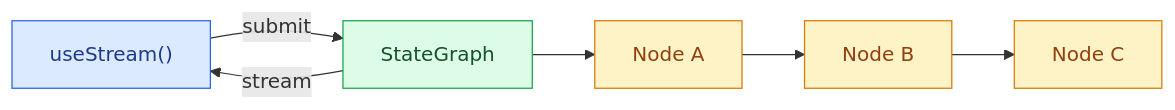
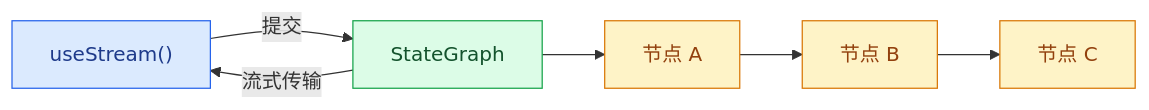
The diagram in oss/python/langgraph/frontend/overview.mdx (kunfan96/cndocs-langchain), drawn with Mermaid before and after one commit. The commit also changed other lines of this file and 2498 other files, not shown here.

````diff
--- a/oss/python/langgraph/frontend/overview.mdx
+++ b/oss/python/langgraph/frontend/overview.mdx
@@ -12,29 +12,29 @@
 ```mermaid
 %%{
   init: {
     "fontFamily": "monospace",
     "flowchart": {
       "curve": "curve"
     }
   }
 }%%
 graph LR
   FRONTEND["useStream()"]
   GRAPH["StateGraph"]
-  N1["Node A"]
-  N2["Node B"]
-  N3["Node C"]
+  N1["节点 A"]
+  N2["节点 B"]
+  N3["节点 C"]
 
-  GRAPH --"stream"--> FRONTEND
-  FRONTEND --"submit"--> GRAPH
+  GRAPH --"流式传输"--> FRONTEND
+  FRONTEND --"提交"--> GRAPH
   GRAPH --> N1
   N1 --> N2
   N2 --> N3
 
   classDef blueHighlight fill:#DBEAFE,stroke:#2563EB,color:#1E3A8A;
   classDef greenHighlight fill:#DCFCE7,stroke:#16A34A,color:#14532D;
   classDef orangeHighlight fill:#FEF3C7,stroke:#D97706,color:#92400E;
   class FRONTEND blueHighlight;
   class GRAPH greenHighlight;
   class N1,N2,N3 orangeHighlight;
 ```
````
